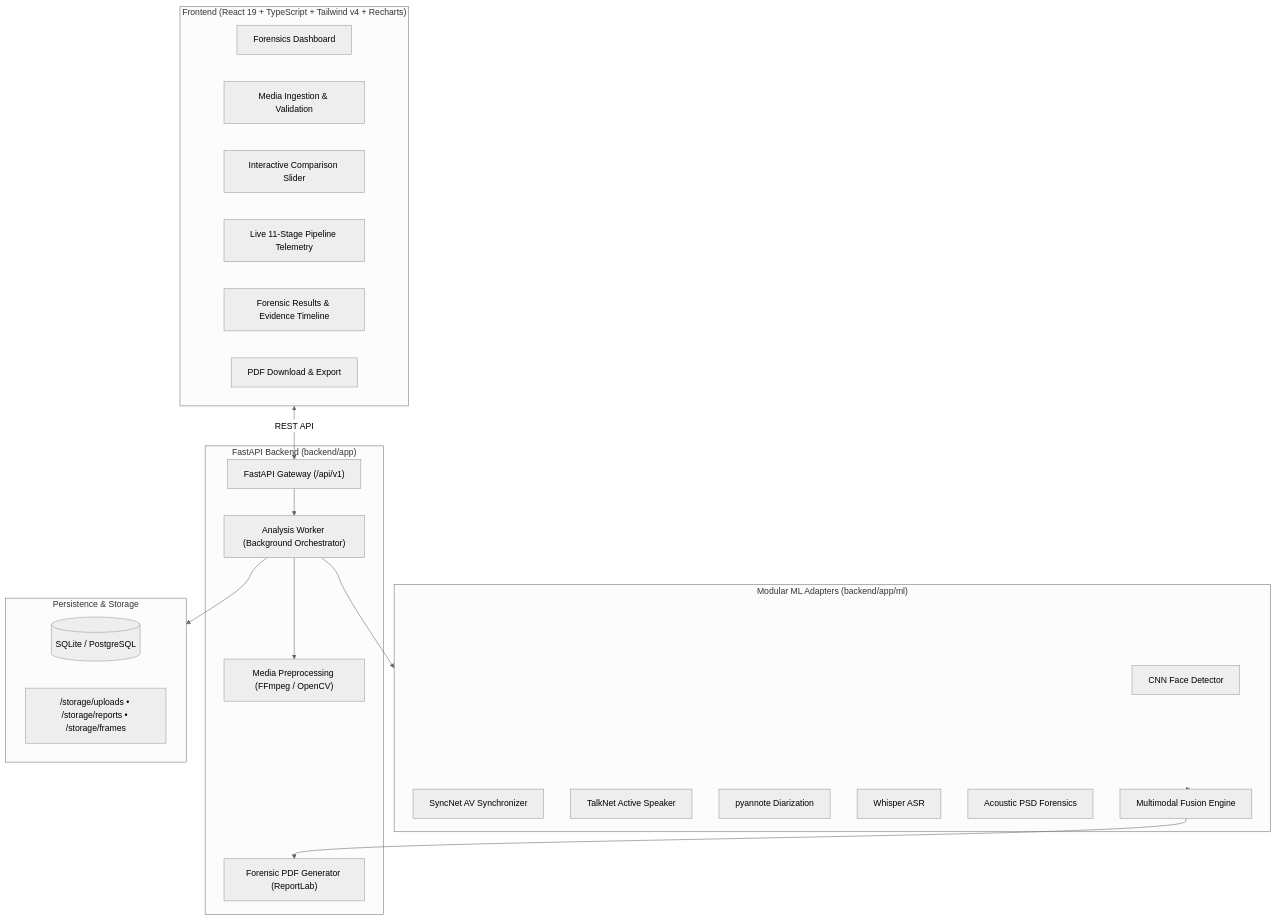
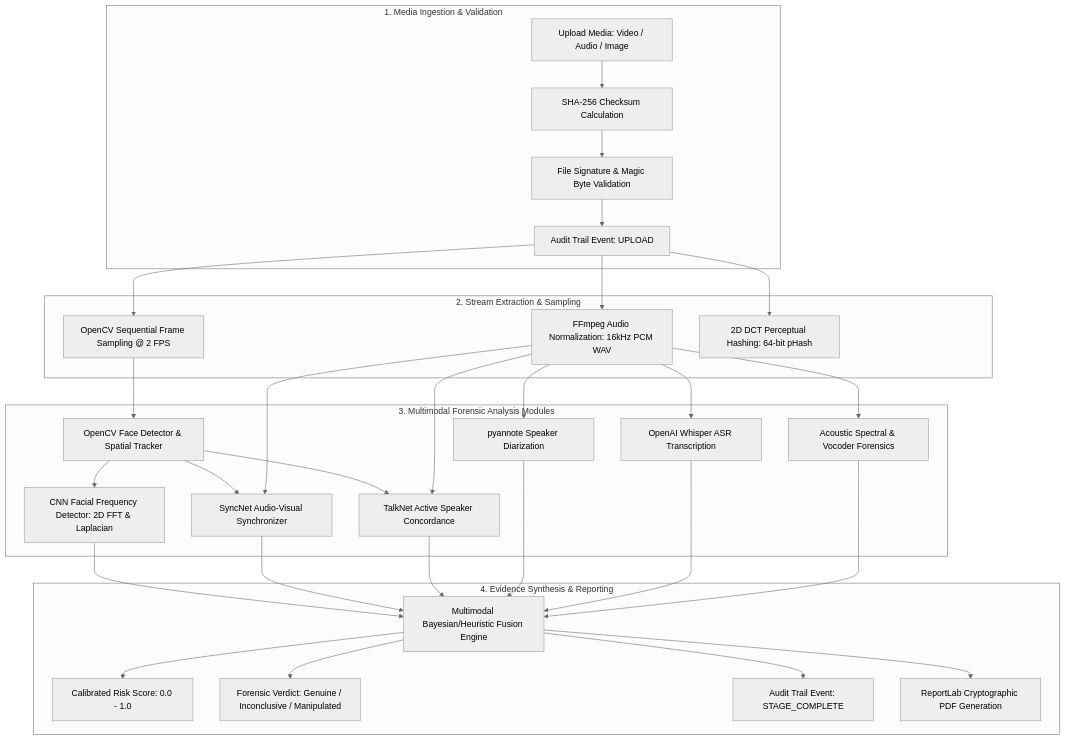
The diagram in README.md (aayushcse2004/verifai-deepfake-detection), drawn with Mermaid (neutral theme) before and after one commit. The commit also changed other lines of this file and 41 other files, not shown here.

Commit message:
feat: complete advanced multimodal deepfake forensics platform with labs, telemetry and audit trail

````diff
--- a/README.md
+++ b/README.md
@@ -34,41 +62,32 @@
 ```mermaid
 flowchart TD
-    subgraph Client ["Frontend (React 19 + TypeScript + Tailwind v4 + Recharts)"]
-        UI_Dash[Forensics Dashboard]
-        UI_Upload[Media Ingestion & Validation]
-        UI_Slider[Interactive Comparison Slider]
-        UI_Monitor[Live 11-Stage Pipeline Telemetry]
-        UI_Results[Forensic Results & Evidence Timeline]
-        UI_Report[PDF Download & Export]
+    subgraph Ingestion ["1. Media Ingestion & Validation"]
+        F1[Upload Media: Video / Audio / Image] --> F2[SHA-256 Checksum Calculation]
+        F2 --> F3[File Signature & Magic Byte Validation]
+        F3 --> F4[Audit Trail Event: UPLOAD]
     end
 
-    subgraph Backend ["FastAPI Backend (backend/app)"]
-        API_Gateway["FastAPI Gateway (/api/v1)"]
-        MediaSvc["Media Preprocessing (FFmpeg / OpenCV)"]
-        Worker["Analysis Worker (Background Orchestrator)"]
-        ReportGen["Forensic PDF Generator (ReportLab)"]
+    subgraph Preprocessing ["2. Stream Extraction & Sampling"]
+        F4 --> P1[FFmpeg Audio Normalization: 16kHz PCM WAV]
+        F4 --> P2[OpenCV Sequential Frame Sampling @ 2 FPS]
+        F4 --> P3[2D DCT Perceptual Hashing: 64-bit pHash]
     end
 
-    subgraph Adapters ["Modular ML Adapters (backend/app/ml)"]
-        M1["CNN Face Detector"]
-        M2["SyncNet AV Synchronizer"]
-        M3["TalkNet Active Speaker"]
-        M4["pyannote Diarization"]
-        M5["Whisper ASR"]
-        M6["Acoustic PSD Forensics"]
-        Fusion["Multimodal Fusion Engine"]
+    subgraph Adapters ["3. Multimodal Forensic Analysis Modules"]
+        P2 --> M1[OpenCV Face Detector & Spatial Tracker]
+        M1 --> M2[CNN Facial Frequency Detector: 2D FFT & Laplacian]
+        M1 & P1 --> M3[SyncNet Audio-Visual Synchronizer]
+        M1 & P1 --> M4[TalkNet Active Speaker Concordance]
+        P1 --> M5[pyannote Speaker Diarization]
+        P1 --> M6[OpenAI Whisper ASR Transcription]
+        P1 --> M7[Acoustic Spectral & Vocoder Forensics]
     end
 
-    subgraph DB ["Persistence & Storage"]
-        SQLite[(SQLite / PostgreSQL)]
-        Storage["/storage/uploads • /storage/reports • /storage/frames"]
+    subgraph FusionEngine ["4. Evidence Synthesis & Reporting"]
+        M2 & M3 & M4 & M5 & M6 & M7 --> FUS[Multimodal Bayesian/Heuristic Fusion Engine]
+        FUS --> OUT1[Calibrated Risk Score: 0.0 - 1.0]
+        FUS --> OUT2[Forensic Verdict: Genuine / Inconclusive / Manipulated]
+        FUS --> OUT3[Audit Trail Event: STAGE_COMPLETE]
+        FUS --> OUT4[ReportLab Cryptographic PDF Generation]
     end
-
-    Client <-->|REST API| API_Gateway
-    API_Gateway --> Worker
-    Worker --> MediaSvc
-    Worker --> Adapters
-    Adapters --> Fusion
-    Fusion --> ReportGen
-    Worker --> DB
 ```
````
